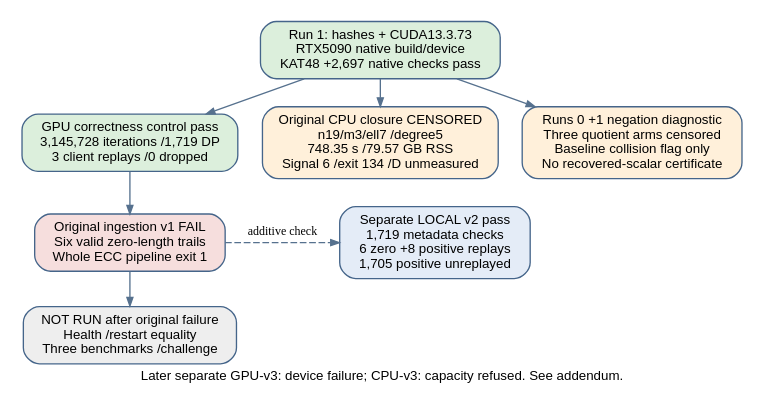
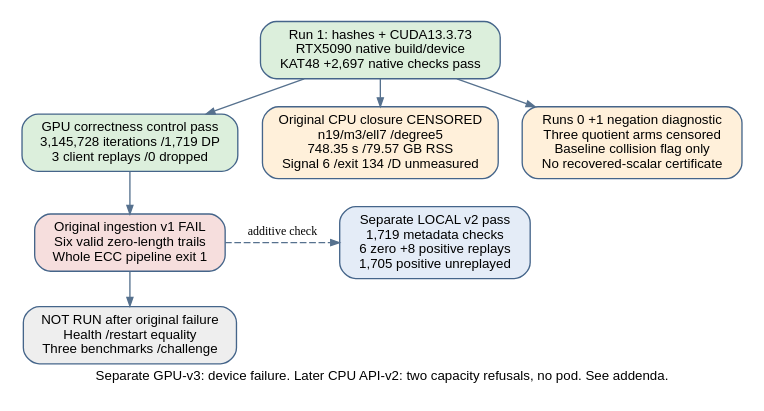
Before and after one commit to isogeny-labs/cryptanalysis: the diagram in experiments/ideas_gpu_20261018/reports/run-flow.dot, drawn with Graphviz. The commit also changed 51 other files, not shown here.

Commit message:
research: archive CPU capacity refusals and verified resource closeout

```diff
--- a/experiments/ideas_gpu_20261018/reports/run-flow.dot
+++ b/experiments/ideas_gpu_20261018/reports/run-flow.dot
@@ -1,18 +1,18 @@
 digraph G {
- graph [rankdir=TB,bgcolor="white",pad="0.12",nodesep="0.25",ranksep="0.28",fontname="Helvetica",label="Later separate GPU-v3: device failure; CPU-v3: capacity refused. See addendum.",labelloc="b",fontsize=10];
+ graph [rankdir=TB,bgcolor="white",pad="0.12",nodesep="0.25",ranksep="0.28",fontname="Helvetica",label="Separate GPU-v3: device failure. Later CPU API-v2: two capacity refusals, no pod. See addenda.",labelloc="b",fontsize=10];
  node [shape=box,style="rounded,filled",fillcolor="#dcefdc",color="#45658a",fontname="Helvetica",fontsize=10,margin="0.1,0.07"];
  edge [color="#56718e",arrowsize=0.65];
  build [label="Run 1: hashes + CUDA13.3.73\nRTX5090 native build/device\nKAT48 +2,697 native checks pass"];
  gpu [label="GPU correctness control pass\n3,145,728 iterations /1,719 DP\n3 client replays /0 dropped"];
  reject [label="Original ingestion v1 FAIL\nSix valid zero-length trails\nWhole ECC pipeline exit 1",fillcolor="#f6dedd"];
  local [label="Separate LOCAL v2 pass\n1,719 metadata checks\n6 zero +8 positive replays\n1,705 positive unreplayed",fillcolor="#e4ecf7"];
  notrun [label="NOT RUN after original failure\nHealth /restart equality\nThree benchmarks /challenge",fillcolor="#eeeeee"];
  frontier [label="Original CPU closure CENSORED\nn19/m3/ell7 /degree5\n748.35 s /79.57 GB RSS\nSignal 6 /exit 134 /D unmeasured",fillcolor="#fff0da"];
  neg [label="Runs 0 +1 negation diagnostic\nThree quotient arms censored\nBaseline collision flag only\nNo recovered-scalar certificate",fillcolor="#fff0da"];
  build -> gpu -> reject -> notrun;
  build -> frontier;
  build -> neg;
  reject -> local [style=dashed,label="additive check",fontsize=9];
  {rank=same;gpu;frontier;neg;}
  {rank=same;reject;local;}
 }
```
